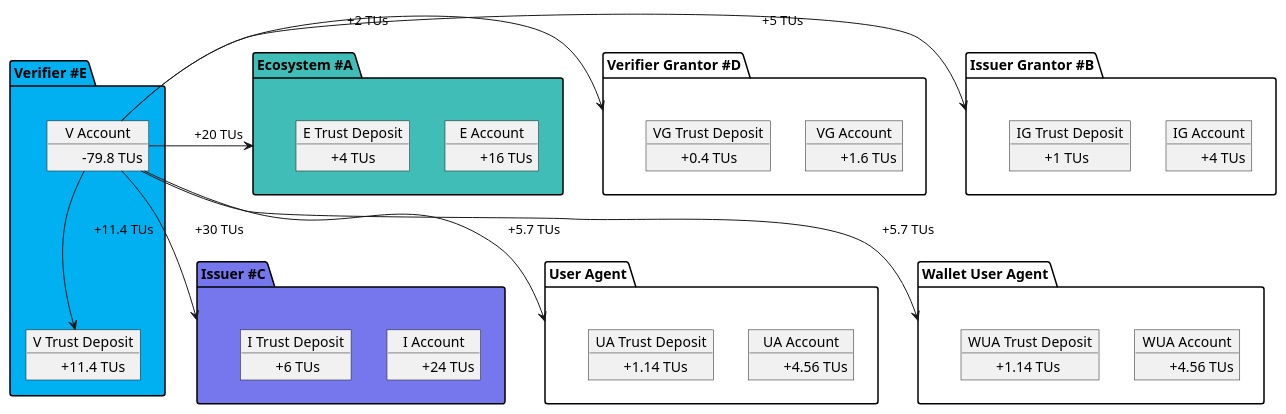
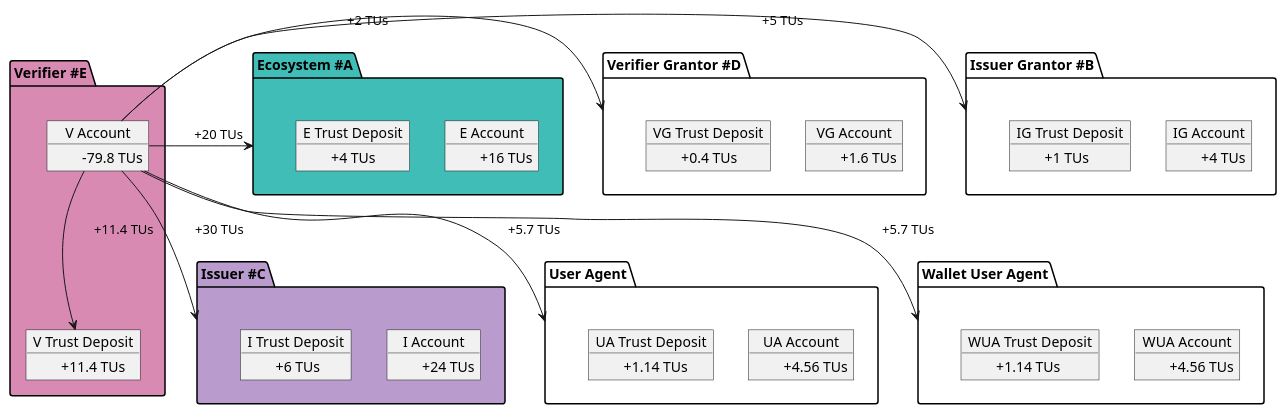
Before and after one commit to verana-labs/verana-docs: the third of 3 diagrams in docs/learn/verifiable-public-registry/70-credential-monetization.md, drawn with PlantUML. The commit also changed other lines of this file and 5 other files, not shown here.

```diff
--- a/docs/learn/verifiable-public-registry/70-credential-monetization.md
+++ b/docs/learn/verifiable-public-registry/70-credential-monetization.md
@@ -173,7 +173,7 @@
         \t+1 TUs
     }
 }
-package "Issuer #C" as issuer #7677ed {
+package "Issuer #C" as issuer #b99bce {
     object "I Account" as issuera {
          \t+24 TUs
     }
@@ -191,7 +191,7 @@
     }
 
 }
-package "Verifier #E" as verifier #00b0f0 {
+package "Verifier #E" as verifier #D88AB3 {
     object "V Account" as verifiera {
         \t-79.8 TUs
     }
```
